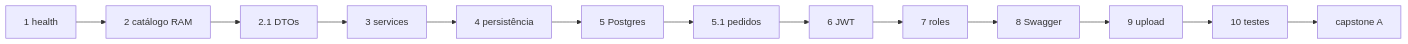
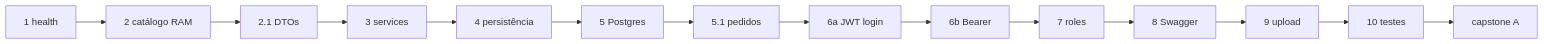
One commit to josinoif/aulas_ads changed the diagram in backend/nest/README.md. Above: the diagram before and after it, drawn with Mermaid. The commit also changed other lines of this file and 23 other files, not shown here.

````diff
--- a/backend/nest/README.md
+++ b/backend/nest/README.md
@@ -32,15 +35,16 @@
 ```mermaid
 flowchart LR
     C1[1 health] --> C2[2 catálogo RAM]
     C2 --> C21[2.1 DTOs]
     C21 --> C3[3 services]
     C3 --> C4[4 persistência]
     C4 --> C5[5 Postgres]
     C5 --> C51[5.1 pedidos]
-    C51 --> C6[6 JWT]
-    C6 --> C7[7 roles]
+    C51 --> C6a[6a JWT login]
+    C6a --> C6b[6b Bearer]
+    C6b --> C7[7 roles]
     C7 --> C8[8 Swagger]
     C8 --> C9[9 upload]
     C9 --> C10[10 testes]
     C10 --> Cap[capstone A]
 ```
````
